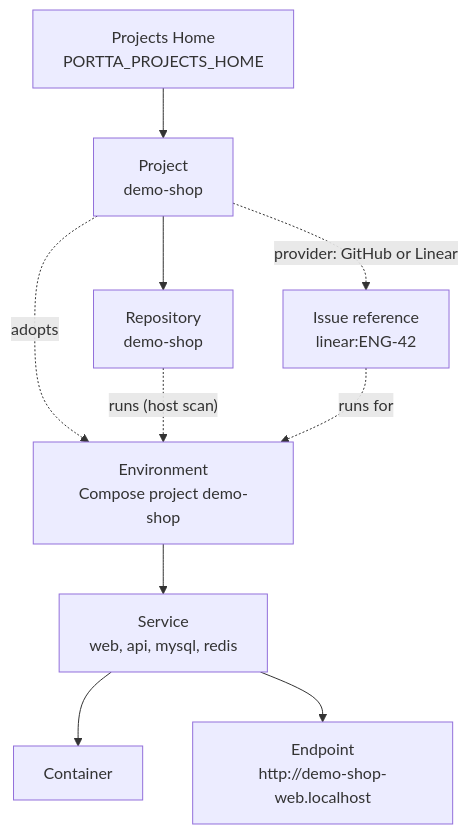
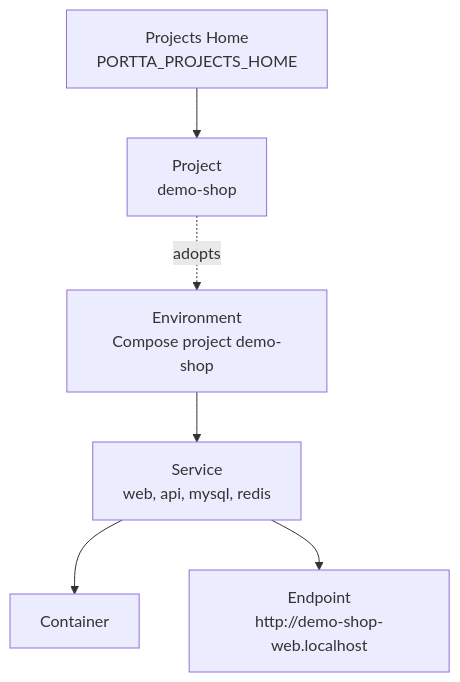
One commit to codions-labs/portta changed the diagram in docs/product/concepts/project-model.md. Above: the diagram before and after it, drawn with Mermaid. The commit also changed other lines of this file and 50 other files, not shown here.

````diff
--- a/docs/product/concepts/project-model.md
+++ b/docs/product/concepts/project-model.md
@@ -9,12 +8,8 @@
 ```mermaid
 flowchart TD
     H["Projects Home<br/>PORTTA_PROJECTS_HOME"] --> P["Project<br/>demo-shop"]
-    P --> R["Repository<br/>demo-shop"]
     P -. adopts .-> E["Environment<br/>Compose project demo-shop"]
-    R -. "runs (host scan)" .-> E
     E --> S["Service<br/>web, api, mysql, redis"]
     S --> C[Container]
     S --> EP["Endpoint<br/>http://demo-shop-web.localhost"]
-    I["Issue reference<br/>linear:ENG-42"] -. "runs for" .-> E
-    P -. "provider: GitHub or Linear" .-> I
 ```
````
